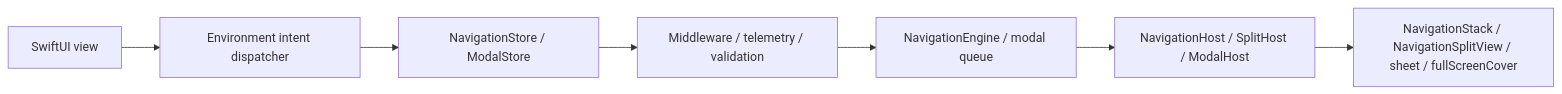
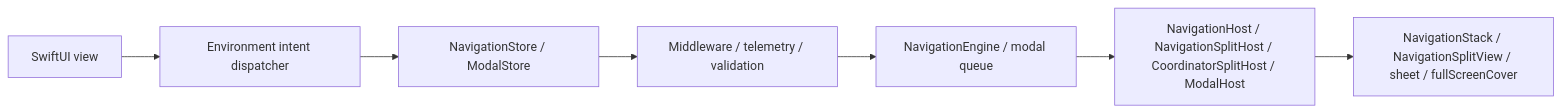
The first of 2 diagrams in README.md (InnoSquad-mdd/InnoRouter), drawn with Mermaid before and after one commit. The commit also changed other lines of this file and 1 other file, not shown here.

````diff
--- a/README.md
+++ b/README.md
@@ -68,9 +68,9 @@
 ```mermaid
 flowchart LR
     View["SwiftUI view"] --> Intent["Environment intent dispatcher"]
     Intent --> Store["NavigationStore / ModalStore"]
     Store --> Policy["Middleware / telemetry / validation"]
     Policy --> Execution["NavigationEngine / modal queue"]
-    Execution --> Host["NavigationHost / SplitHost / ModalHost"]
+    Execution --> Host["NavigationHost / NavigationSplitHost / CoordinatorSplitHost / ModalHost"]
     Host --> System["NavigationStack / NavigationSplitView / sheet / fullScreenCover"]
 ```
````
